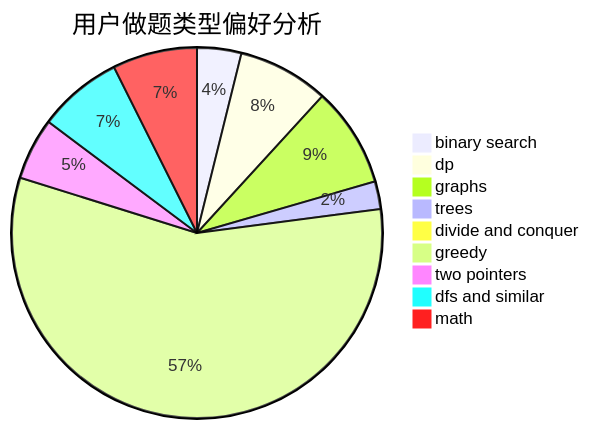
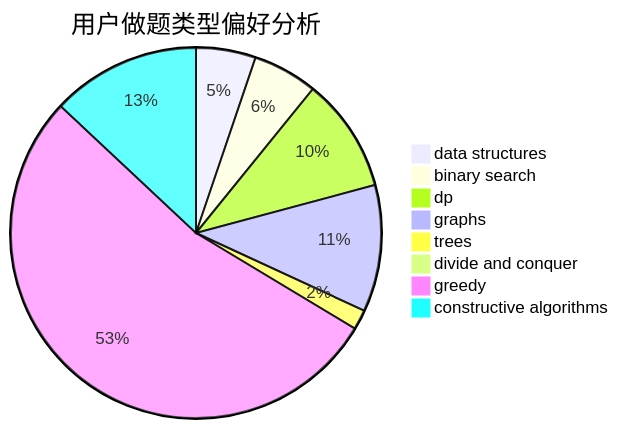
One commit to sherpahu/cfrs.github.io changed the second of 3 diagrams in docs/user/u496.md. Above: the diagram before and after it, drawn with Mermaid. The commit also changed other lines of this file and 2775 other files, not shown here.

````diff
--- a/docs/user/u496.md
+++ b/docs/user/u496.md
@@ -23,12 +23,11 @@
 ```mermaid
 pie title 用户做题类型偏好分析
-    "binary search" :  35
-    "dp" :  72
-    "graphs" :  79
-    "trees" :  22
+    "data structures" :  24
+    "binary search" :  26
+    "dp" :  46
+    "graphs" :  51
+    "trees" :  8
     "divide and conquer" :  1
-    "greedy" :  516
-    "two pointers" :  49
-    "dfs and similar" :  67
-    "math" :  67
+    "greedy" :  246
+    "constructive algorithms" :  60
 ```
````
